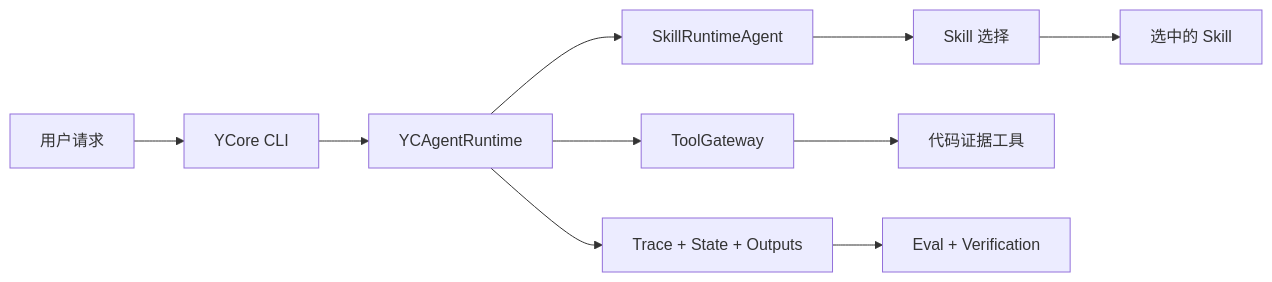
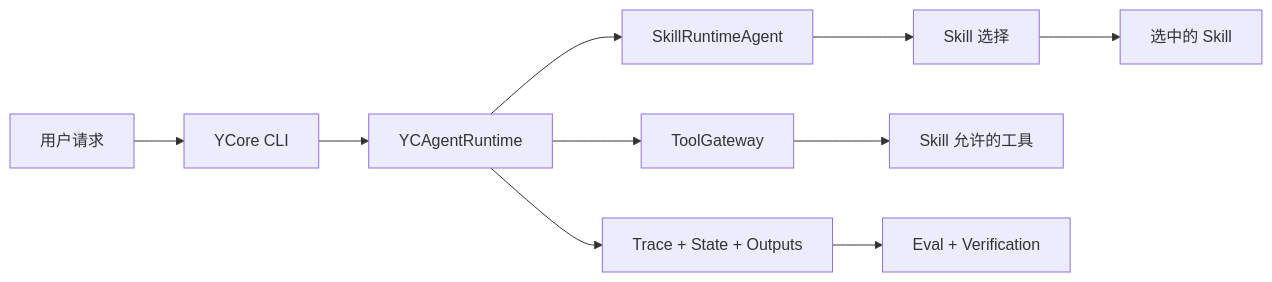
The diagram in README.md (rouchuan123/yc-agents), drawn with Mermaid before and after one commit. The commit also changed other lines of this file and 8 other files, not shown here.

````diff
--- a/README.md
+++ b/README.md
@@ -64,12 +71,12 @@
 ```mermaid
 flowchart LR
     User["用户请求"] --> CLI["YCore CLI"]
     CLI --> Runtime["YCAgentRuntime"]
     Runtime --> Agent["SkillRuntimeAgent"]
     Agent --> Selector["Skill 选择"]
     Selector --> Skill["选中的 Skill"]
     Runtime --> Gateway["ToolGateway"]
-    Gateway --> Tools["代码证据工具"]
+    Gateway --> Tools["Skill 允许的工具"]
     Runtime --> Trace["Trace + State + Outputs"]
     Trace --> Eval["Eval + Verification"]
 ```
````
